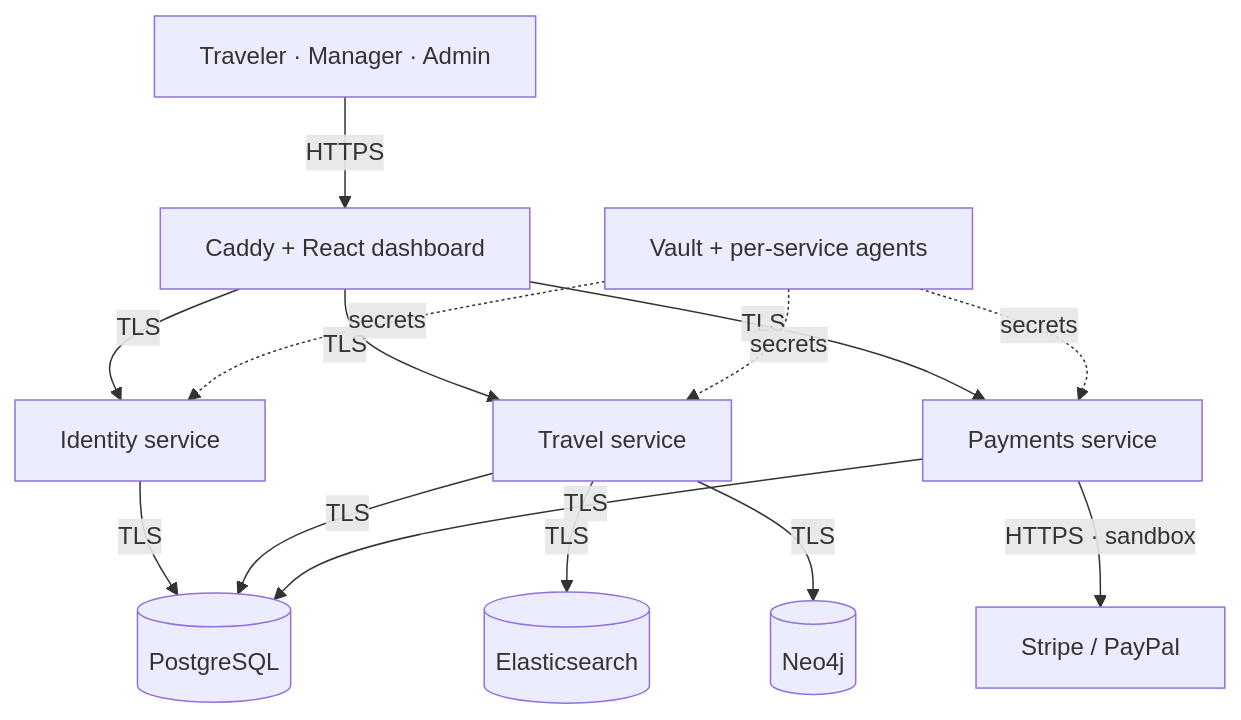
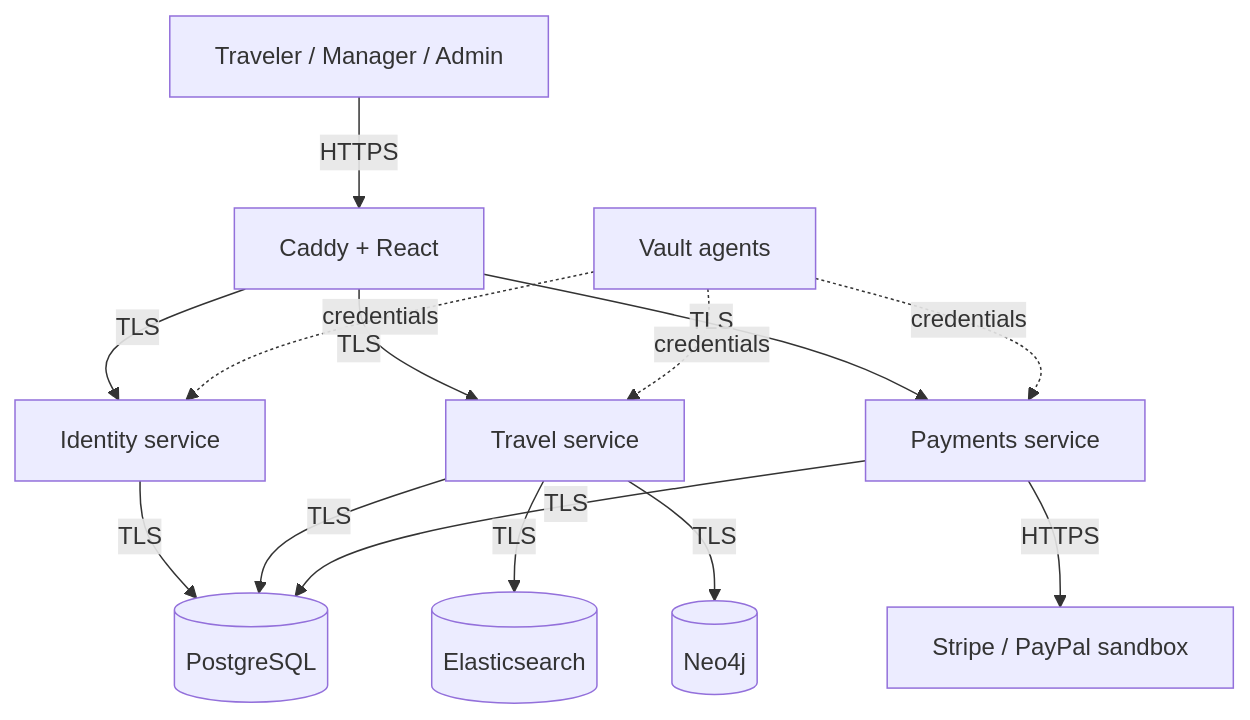
One commit to hujaafar/lets-travel-platform changed the diagram in README.md. Above: the diagram before and after it, drawn with Mermaid. The commit also changed other lines of this file, not shown here.

````diff
--- a/README.md
+++ b/README.md
@@ -53,16 +84,16 @@
 ```mermaid
 flowchart TB
-    Browser["Traveler · Manager · Admin"] -->|HTTPS| Caddy["Caddy + React dashboard"]
-    Caddy -->|TLS| Identity["Identity service"]
-    Caddy -->|TLS| Travel["Travel service"]
-    Caddy -->|TLS| Payments["Payments service"]
-    Identity -->|TLS| Postgres[("PostgreSQL")]
-    Travel -->|TLS| Postgres
-    Payments -->|TLS| Postgres
-    Travel -->|TLS| Search[("Elasticsearch")]
-    Travel -->|TLS| Graph[("Neo4j")]
-    Vault["Vault + per-service agents"] -. secrets .-> Identity
-    Vault -. secrets .-> Travel
-    Vault -. secrets .-> Payments
-    Payments -->|HTTPS · sandbox| Providers["Stripe / PayPal"]
+    Browser[Traveler / Manager / Admin] -->|HTTPS| Gateway[Caddy + React]
+    Gateway -->|TLS| Identity[Identity service]
+    Gateway -->|TLS| Travel[Travel service]
+    Gateway -->|TLS| Payments[Payments service]
+    Identity -->|TLS| Database[(PostgreSQL)]
+    Travel -->|TLS| Database
+    Payments -->|TLS| Database
+    Travel -->|TLS| Search[(Elasticsearch)]
+    Travel -->|TLS| Graph[(Neo4j)]
+    Vault[Vault agents] -. credentials .-> Identity
+    Vault -. credentials .-> Travel
+    Vault -. credentials .-> Payments
+    Payments -->|HTTPS| Providers[Stripe / PayPal sandbox]
 ```
````
